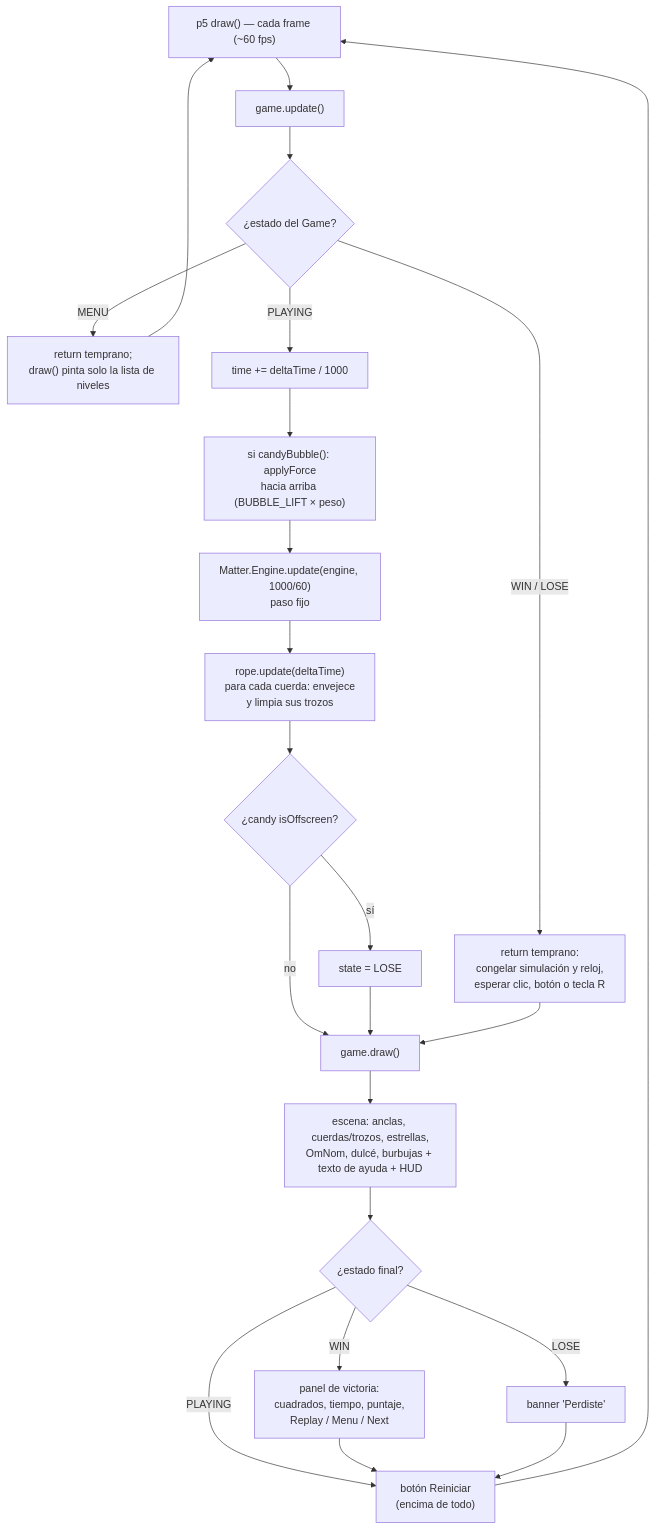
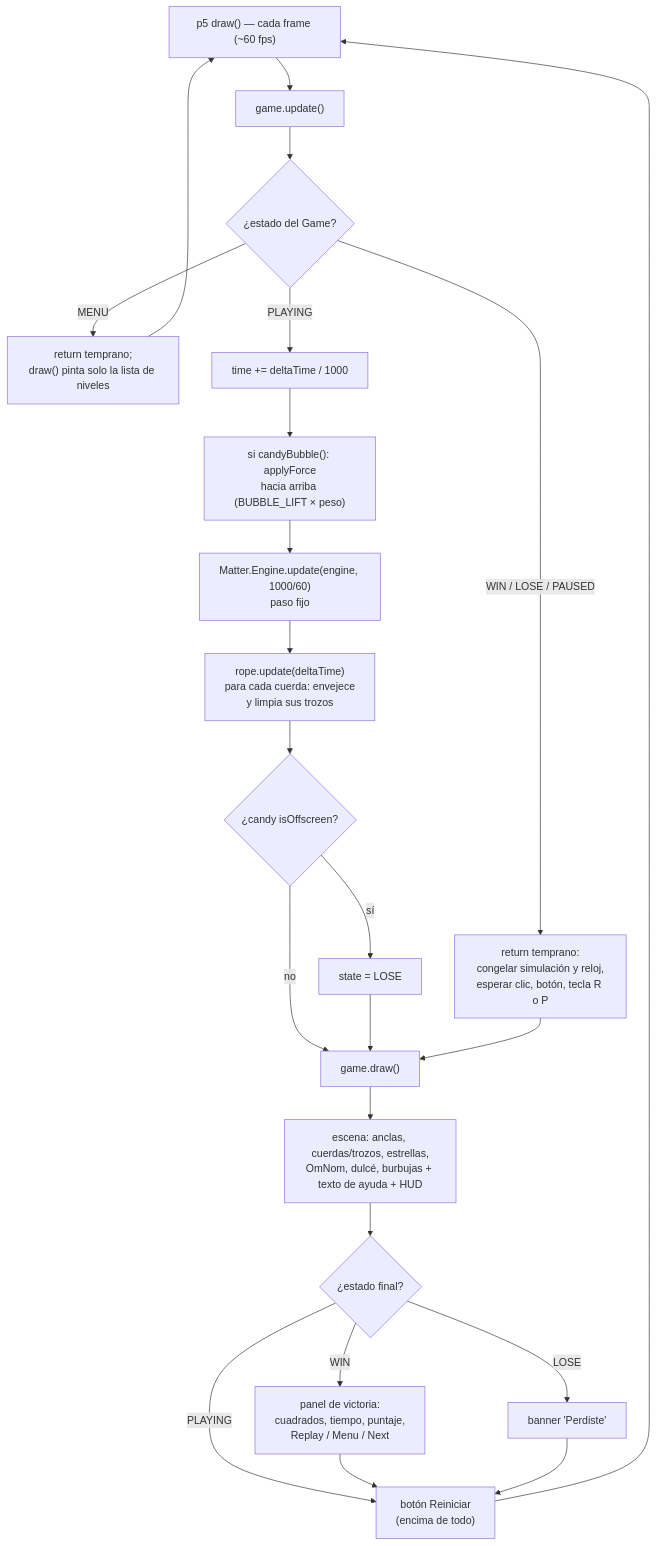
The fifth of 5 diagrams in docs/arquitectura-mvp.md (ShryhakAkizuki/Cut_The_Rope-Visual_Computing_2026-II), drawn with Mermaid before and after one commit. The commit also changed other lines of this file and 2 other files, not shown here.

Commit message:
Pausa - Tecla P

````diff
--- a/docs/arquitectura-mvp.md
+++ b/docs/arquitectura-mvp.md
@@ -399,25 +404,25 @@
 ```mermaid
 flowchart TD
     A["p5 draw() — cada frame (~60 fps)"] --> B["game.update()"]
     B --> C{"¿estado del Game?"}
     C -->|MENU| MN["return temprano;<br/>draw() pinta solo la lista de niveles"]
     MN --> A
-    C -->|WIN / LOSE| D["return temprano:<br/>congelar simulación y reloj,<br/>esperar clic, botón o tecla R"]
+    C -->|WIN / LOSE / PAUSED| D["return temprano:<br/>congelar simulación y reloj,<br/>esperar clic, botón, tecla R o P"]
     C -->|PLAYING| T["time += deltaTime / 1000"]
     T --> BF["si candyBubble(): applyForce<br/>hacia arriba (BUBBLE_LIFT × peso)"]
     BF --> E["Matter.Engine.update(engine, 1000/60)<br/>paso fijo"]
     E --> F["rope.update(deltaTime)<br/>para cada cuerda: envejece<br/>y limpia sus trozos"]
     F --> G{"¿candy isOffscreen?"}
     G -->|sí| H["state = LOSE"]
     G -->|no| I["game.draw()"]
     H --> I
     D --> I
     I --> J["escena: anclas, cuerdas/trozos, estrellas,<br/>OmNom, dulcé, burbujas + texto de ayuda + HUD"]
     J --> K{"¿estado final?"}
     K -->|WIN| L["panel de victoria:<br/>cuadrados, tiempo, puntaje,<br/>Replay / Menu / Next"]
     K -->|LOSE| M["banner 'Perdiste'"]
     K -->|PLAYING| N["botón Reiniciar<br/>(encima de todo)"]
     L --> N
     M --> N
     N --> A
 ```
````
